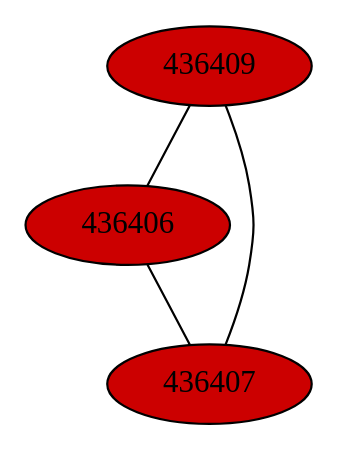
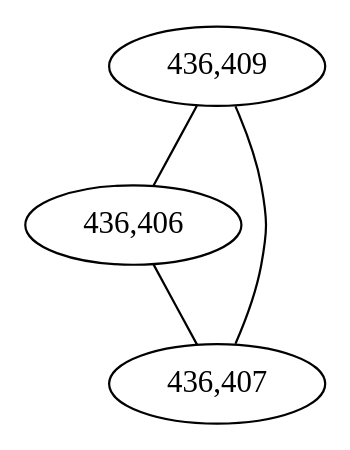
The diagram in notebooks/graphs/BACTEROIDALES_cc10.gv (fedarko/sheepgut), drawn with Graphviz before and after one commit. The commit also changed 59 other files, not shown here.

Commit message:
color lm graphs by gene #

```diff
--- a/notebooks/graphs/BACTEROIDALES_cc10.gv
+++ b/notebooks/graphs/BACTEROIDALES_cc10.gv
@@ -1,9 +1,9 @@
 graph BACTEROIDALES_cc10 {
 	K = 2.0;
-	436409 [style="filled", fillcolor="#cc0000"];
-	436406 [style="filled", fillcolor="#cc0000"];
-	436407 [style="filled", fillcolor="#cc0000"];
-	436409 -- 436406;
-	436409 -- 436407;
-	436406 -- 436407;
+	overlap="prism2";	"436,409" [style="filled", fillcolor="#ffffff", fontcolor="#000000"];
+	"436,406" [style="filled", fillcolor="#ffffff", fontcolor="#000000"];
+	"436,407" [style="filled", fillcolor="#ffffff", fontcolor="#000000"];
+	"436,409" -- "436,406";
+	"436,409" -- "436,407";
+	"436,406" -- "436,407";
 }
```
